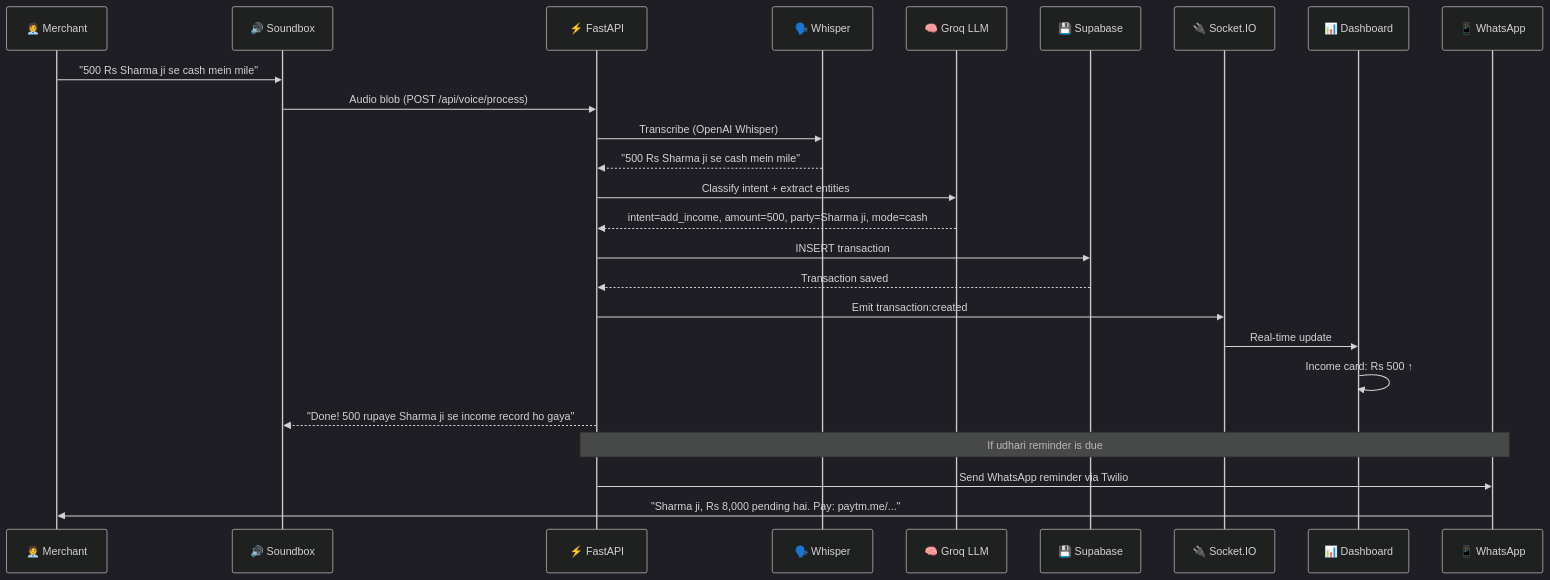
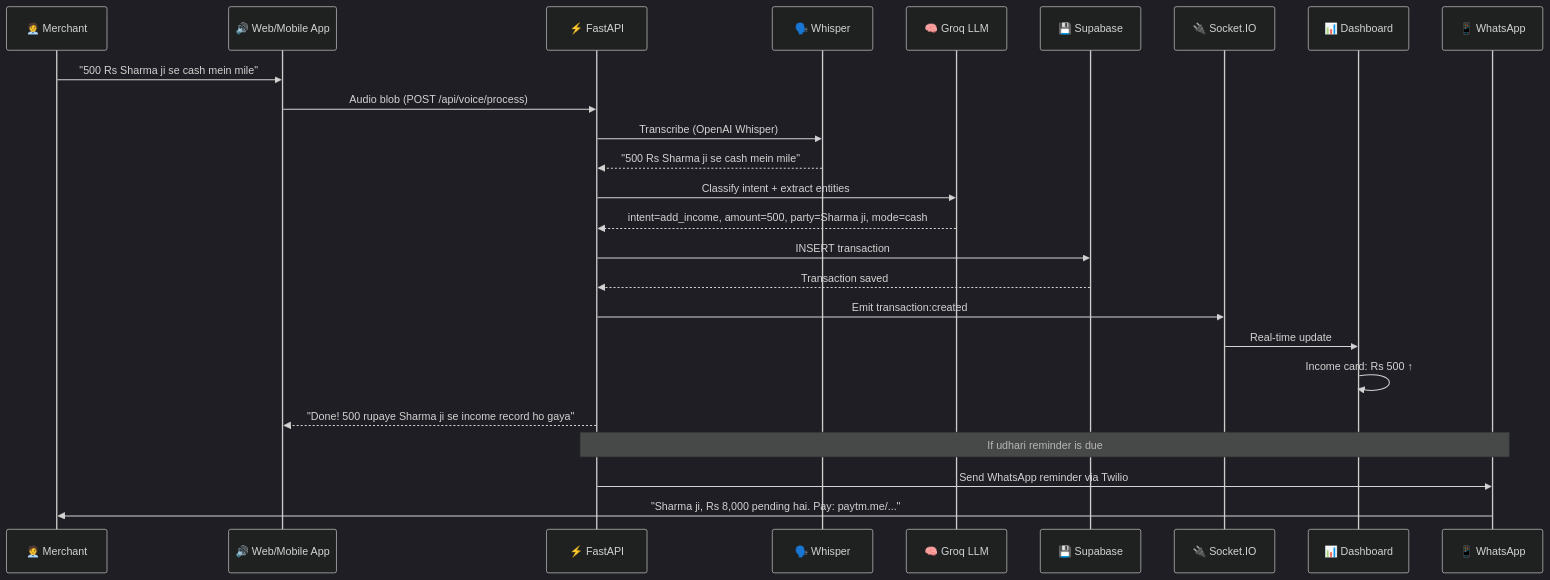
The diagram in README.md (Saloni3494/vyapaar-growthos), drawn with Mermaid (dark theme) before and after one commit. The commit also changed other lines of this file, not shown here.

````diff
--- a/README.md
+++ b/README.md
@@ -349,29 +83,29 @@
 ```mermaid
 sequenceDiagram
     participant M as 🧑‍💼 Merchant
-    participant SB as 🔊 Soundbox
+    participant SB as 🔊 Web/Mobile App
     participant API as ⚡ FastAPI
     participant W as 🗣️ Whisper
     participant G as 🧠 Groq LLM
     participant DB as 💾 Supabase
     participant WS as 🔌 Socket.IO
     participant UI as 📊 Dashboard
     participant WA as 📱 WhatsApp
 
     M->>SB: "500 Rs Sharma ji se cash mein mile"
     SB->>API: Audio blob (POST /api/voice/process)
     API->>W: Transcribe (OpenAI Whisper)
     W-->>API: "500 Rs Sharma ji se cash mein mile"
     API->>G: Classify intent + extract entities
     G-->>API: intent=add_income, amount=500, party=Sharma ji, mode=cash
     API->>DB: INSERT transaction
     DB-->>API: Transaction saved
     API->>WS: Emit transaction:created
     WS->>UI: Real-time update
     UI->>UI: Income card: Rs 500 ↑
     API-->>SB: "Done! 500 rupaye Sharma ji se income record ho gaya"
     
     Note over API,WA: If udhari reminder is due
     API->>WA: Send WhatsApp reminder via Twilio
     WA->>M: "Sharma ji, Rs 8,000 pending hai. Pay: paytm.me/..."
 ```
````
